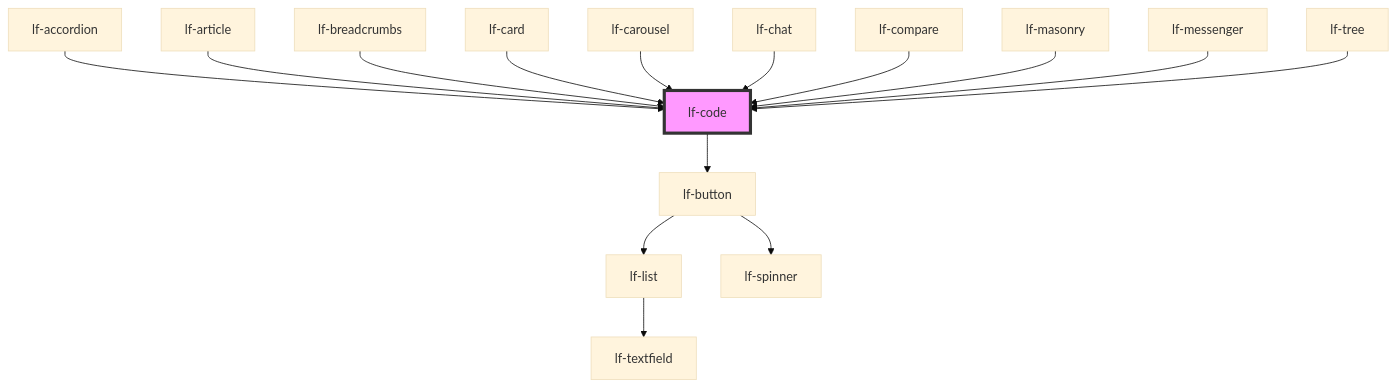
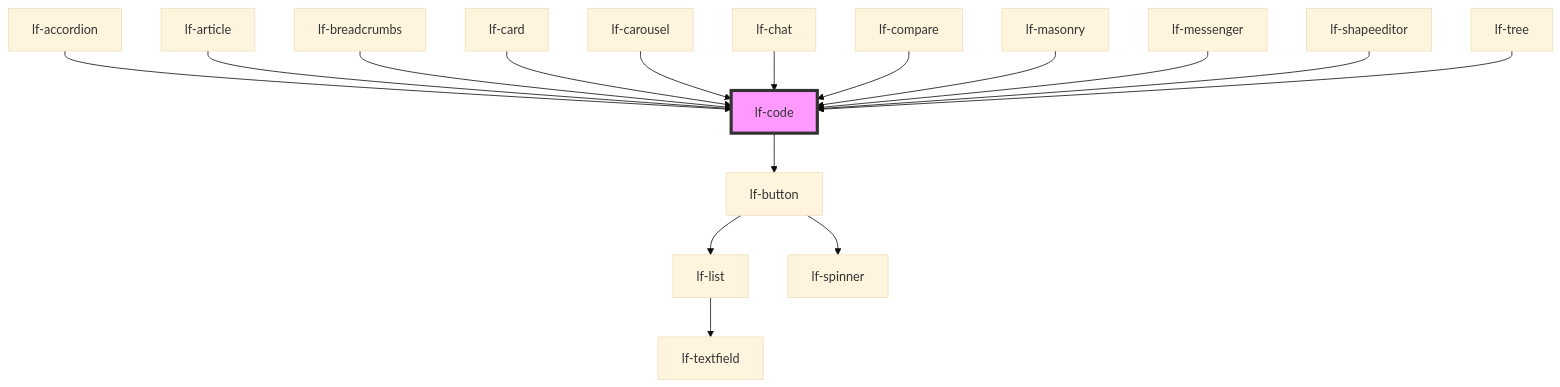
One commit to lucafoscili/lf-widgets changed the diagram in packages/core/src/components/lf-code/readme.md. Above: the diagram before and after it, drawn with Mermaid (base theme). The commit also changed other lines of this file and 27 other files, not shown here.

````diff
--- a/packages/core/src/components/lf-code/readme.md
+++ b/packages/core/src/components/lf-code/readme.md
@@ -127,18 +128,19 @@
 ```mermaid
 graph TD;
   lf-code --> lf-button
   lf-button --> lf-list
   lf-button --> lf-spinner
   lf-list --> lf-textfield
   lf-accordion --> lf-code
   lf-article --> lf-code
   lf-breadcrumbs --> lf-code
   lf-card --> lf-code
   lf-carousel --> lf-code
   lf-chat --> lf-code
   lf-compare --> lf-code
   lf-masonry --> lf-code
   lf-messenger --> lf-code
+  lf-shapeeditor --> lf-code
   lf-tree --> lf-code
   style lf-code fill:#f9f,stroke:#333,stroke-width:4px
 ```
````
